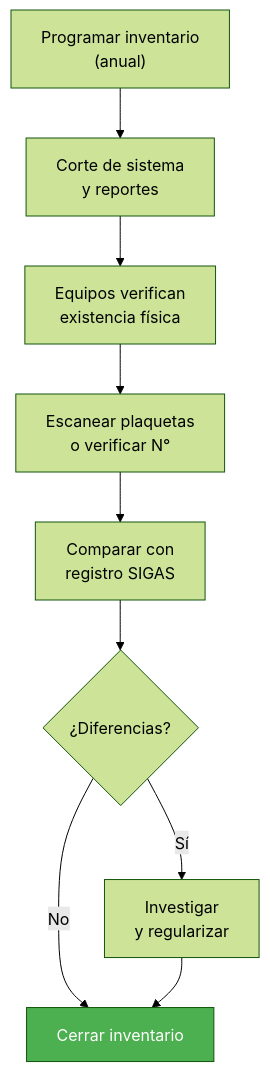
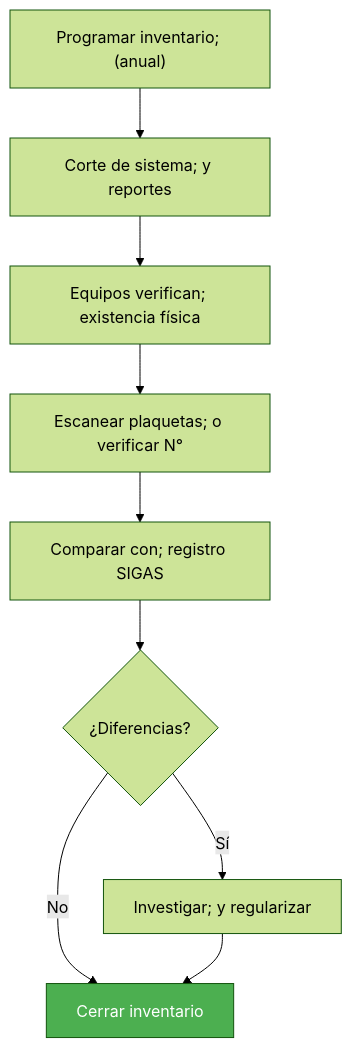
Before and after one commit to felix-antonio-sl/kora: diagram 11 of 12 in drafts/gn/bpmn/bpmn-d05-inventarios-activo-fijo.md, drawn with Mermaid (forest theme). The commit also changed other lines of this file and 265 other files, not shown here.

````diff
--- a/drafts/gn/bpmn/bpmn-d05-inventarios-activo-fijo.md
+++ b/drafts/gn/bpmn/bpmn-d05-inventarios-activo-fijo.md
@@ -223,12 +256,13 @@
 ```mermaid
 flowchart TD
-    A["Programar inventario<br/>(anual)"] --> B["Corte de sistema<br/>y reportes"]
-    B --> C["Equipos verifican<br/>existencia física"]
-    C --> D["Escanear plaquetas<br/>o verificar N°"]
-    D --> E["Comparar con<br/>registro SIGAS"]
-    E --> F{"¿Diferencias?"}
-    F -->|"Sí"| G["Investigar<br/>y regularizar"]
-    F -->|"No"| H["Cerrar inventario"]
-    G --> H
-    style H fill:#4CAF50,color:#fff
+ A["Programar inventario; (anual)"] --> B["Corte de sistema; y reportes"]
+ B --> C["Equipos verifican; existencia física"]
+ C --> D["Escanear plaquetas; o verificar N°"]
+ D --> E["Comparar con; registro SIGAS"]
+ E --> F{"¿Diferencias?"}
+ F -->|"Sí"| G["Investigar; y regularizar"]
+ F -->|"No"| H["Cerrar inventario"]
+ G --> H
+
+ style H fill:#4CAF50,color:#fff
 ```
````
